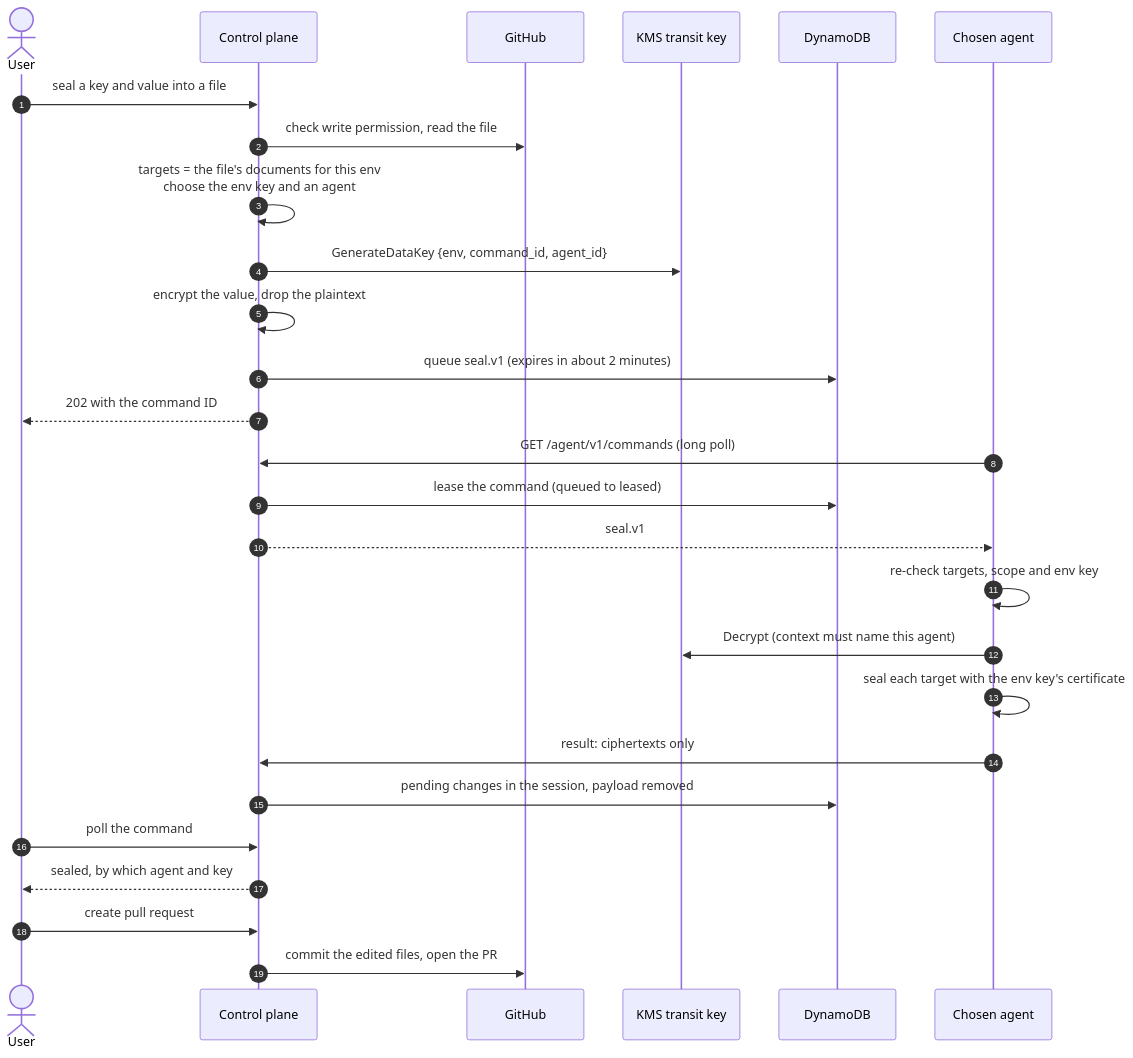
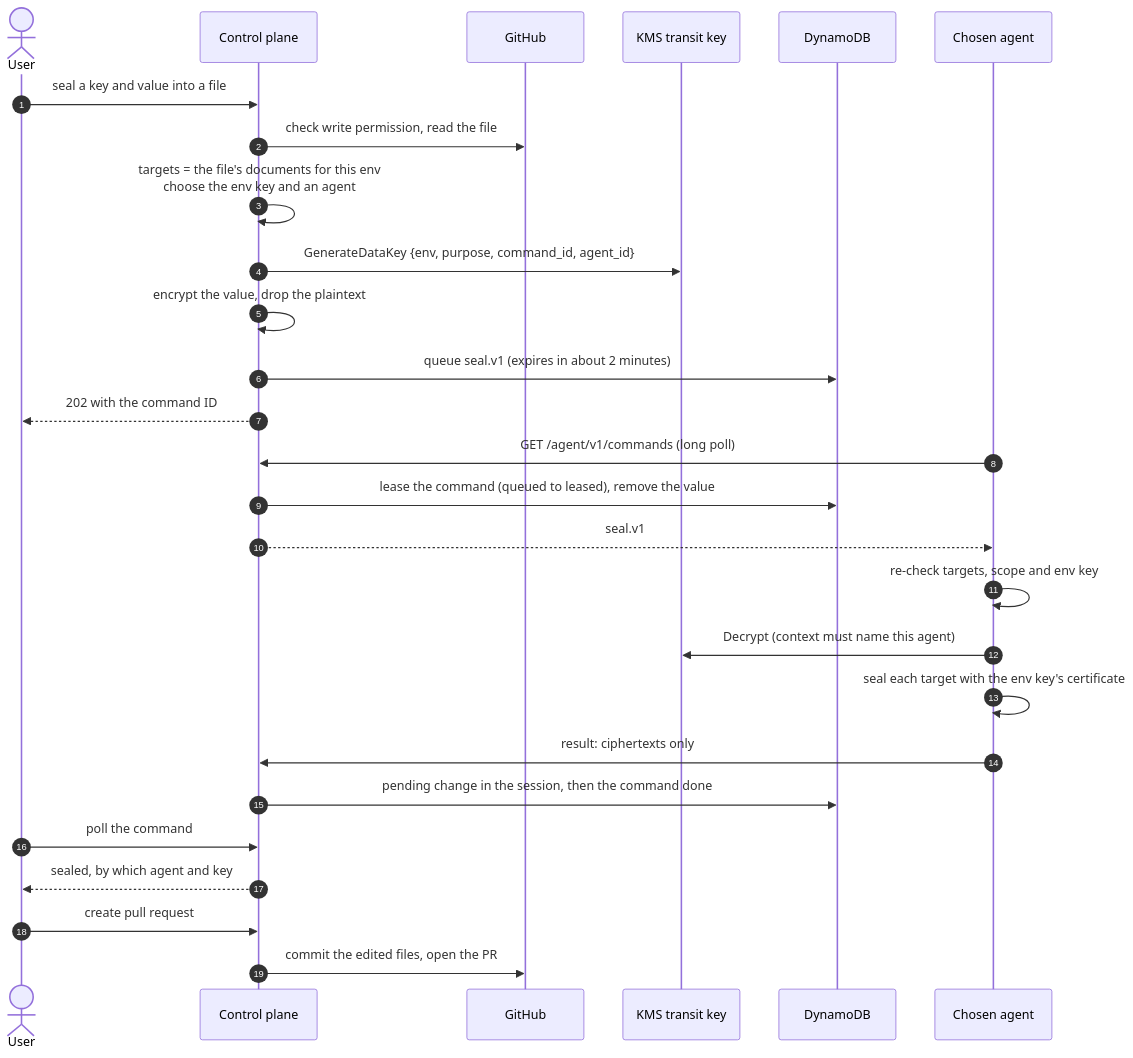
Before and after one commit to cruxstack/k8s-sealed-secrets-sealer: the third of 5 diagrams in docs/design.md, drawn with Mermaid. The commit also changed other lines of this file and 61 other files, not shown here.

````diff
--- a/docs/design.md
+++ b/docs/design.md
@@ -337,30 +351,30 @@
 ```mermaid
 sequenceDiagram
   autonumber
   actor U as User
   participant CP as Control plane
   participant GH as GitHub
   participant KMS as KMS transit key
   participant DB as DynamoDB
   participant A as Chosen agent
 
   U->>CP: seal a key and value into a file
   CP->>GH: check write permission, read the file
   CP->>CP: targets = the file's documents for this env<br/>choose the env key and an agent
-  CP->>KMS: GenerateDataKey {env, command_id, agent_id}
+  CP->>KMS: GenerateDataKey {env, purpose, command_id, agent_id}
   CP->>CP: encrypt the value, drop the plaintext
   CP->>DB: queue seal.v1 (expires in about 2 minutes)
   CP-->>U: 202 with the command ID
   A->>CP: GET /agent/v1/commands (long poll)
-  CP->>DB: lease the command (queued to leased)
+  CP->>DB: lease the command (queued to leased), remove the value
   CP-->>A: seal.v1
   A->>A: re-check targets, scope and env key
   A->>KMS: Decrypt (context must name this agent)
   A->>A: seal each target with the env key's certificate
   A->>CP: result: ciphertexts only
-  CP->>DB: pending changes in the session, payload removed
+  CP->>DB: pending change in the session, then the command done
   U->>CP: poll the command
   CP-->>U: sealed, by which agent and key
   U->>CP: create pull request
   CP->>GH: commit the edited files, open the PR
 ```
````
